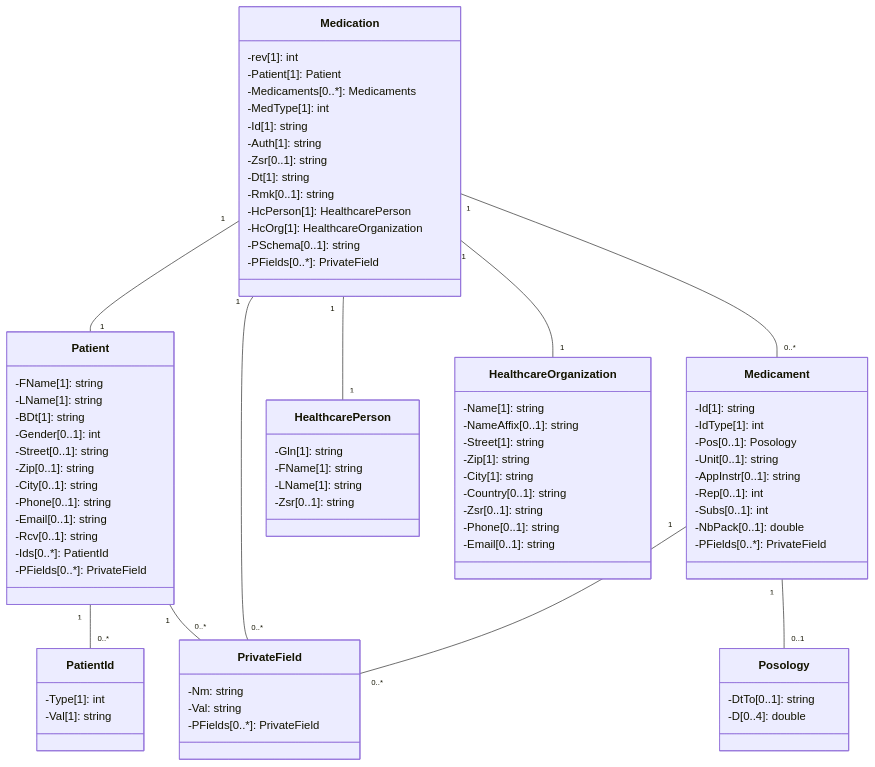
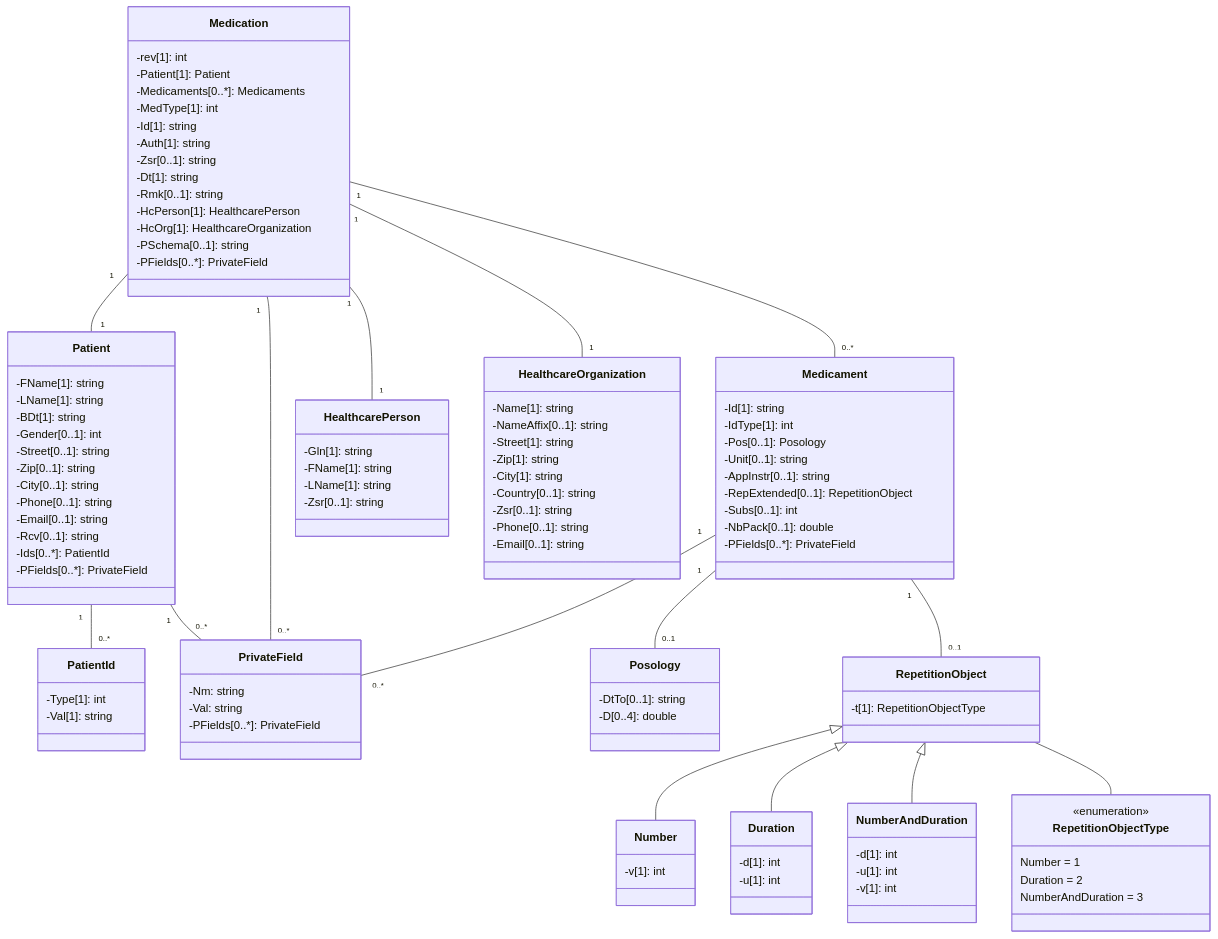
The diagram in chmed16a/prescription.md (ig-emediplan/specification), drawn with Mermaid before and after one commit. The commit also changed other lines of this file, not shown here.

````diff
--- a/chmed16a/prescription.md
+++ b/chmed16a/prescription.md
@@ -141,7 +141,7 @@
         -Pos[0..1]: Posology
         -Unit[0..1]: string
         -AppInstr[0..1]: string
-        -Rep[0..1]: int
+        -RepExtended[0..1]: RepetitionObject
         -Subs[0..1]: int
         -NbPack[0..1]: double
         -PFields[0..*]: PrivateField
@@ -171,6 +171,32 @@
         -Email[0..1]: string
     }
 
+    class RepetitionObject {
+        -t[1]: RepetitionObjectType
+    }
+
+    class Number {
+        -v[1]: int
+    }
+
+    class Duration {
+        -d[1]: int
+        -u[1]: int
+    }
+
+    class NumberAndDuration {
+        -d[1]: int
+        -u[1]: int
+        -v[1]: int
+    }
+
+    class RepetitionObjectType {
+        <<enumeration>>
+        Number = 1
+        Duration = 2
+        NumberAndDuration = 3
+    }
+    
     Patient "1" -- "0..*" PatientId
     Patient "1" -- "0..*" PrivateField
     Medication "1" -- "1" Patient
@@ -180,4 +206,11 @@
     Medication "1" -- "0..*" PrivateField
     Medicament "1" -- "0..1" Posology
     Medicament "1" -- "0..*" PrivateField
+    Medicament "1" -- "0..1" RepetitionObject
+
+    RepetitionObject <|-- Number
+    RepetitionObject <|-- Duration
+    RepetitionObject <|-- NumberAndDuration
+    RepetitionObject -- RepetitionObjectType
+
 ```
````
